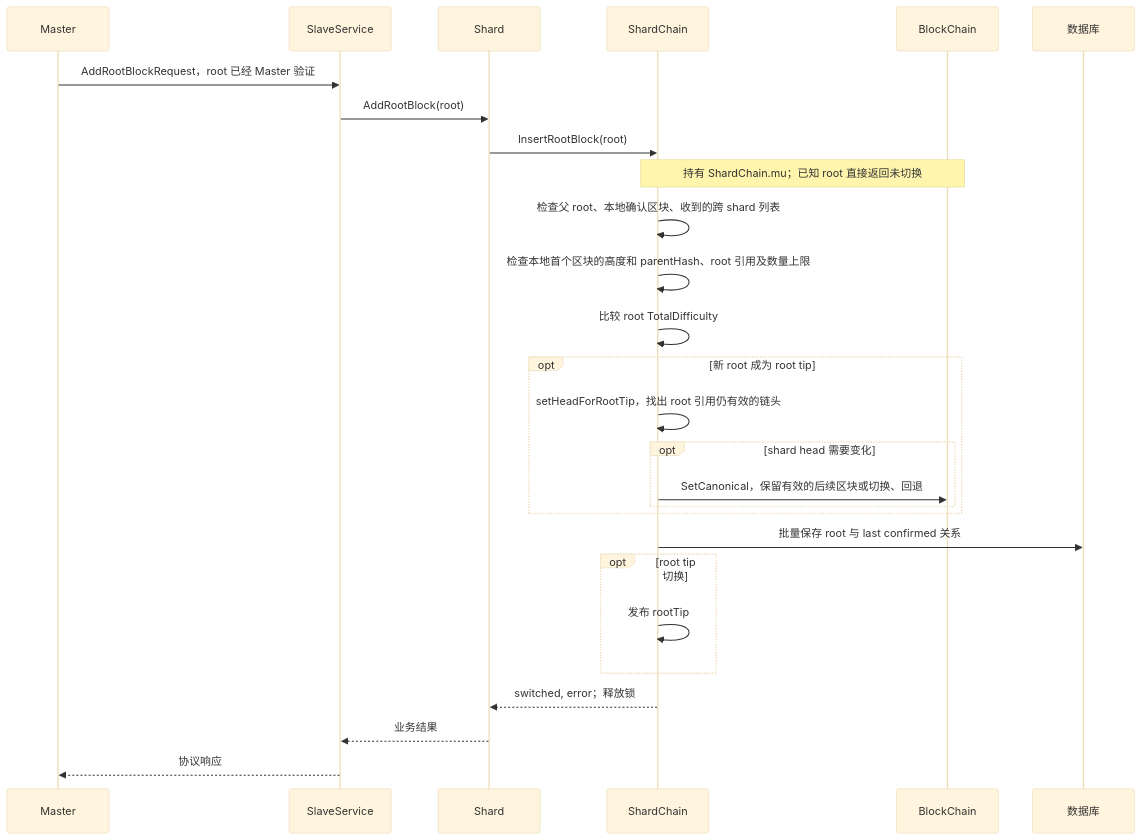
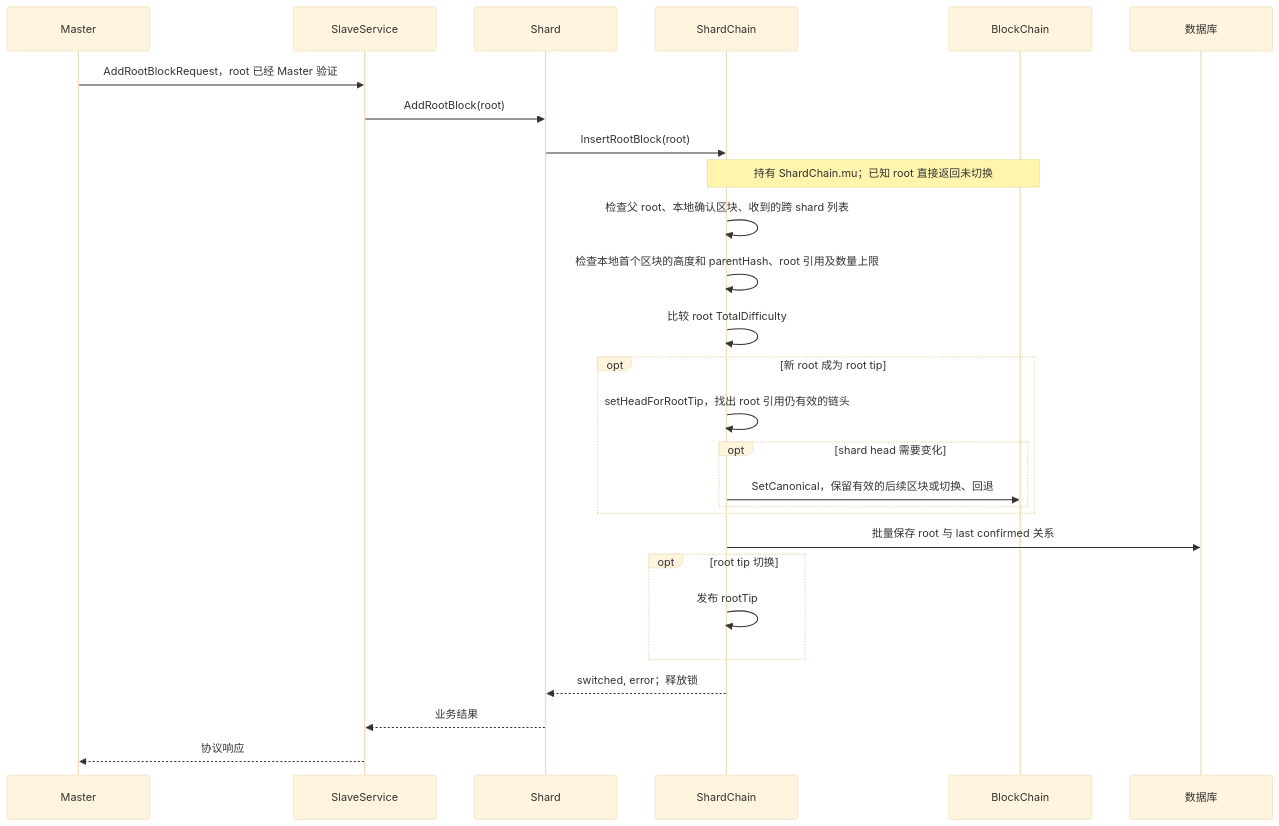
The sixth of 6 diagrams in docs/shard-ethereum-integration-design.md (QuarkChain/modernized-qkc), drawn with Mermaid (base theme) before and after one commit. The commit also changed other lines of this file and 6 other files, not shown here.

````diff
--- a/docs/shard-ethereum-integration-design.md
+++ b/docs/shard-ethereum-integration-design.md
@@ -349,29 +359,36 @@
 ```mermaid
+---
+config:
+  sequence:
+    width: 210
+    actorMargin: 56
+    messageMargin: 22
+---
 sequenceDiagram
     participant M as Master
     participant SS as SlaveService
     participant S as Shard
     participant SC as ShardChain
     participant BC as BlockChain
     participant DB as 数据库
     M->>SS: AddRootBlockRequest，root 已经 Master 验证
     SS->>S: AddRootBlock(root)
     S->>SC: InsertRootBlock(root)
     Note over SC,BC: 持有 ShardChain.mu；已知 root 直接返回未切换
     SC->>SC: 检查父 root、本地确认区块、收到的跨 shard 列表
     SC->>SC: 检查本地首个区块的高度和 parentHash、root 引用及数量上限
     SC->>SC: 比较 root TotalDifficulty
     opt 新 root 成为 root tip
         SC->>SC: setHeadForRootTip，找出 root 引用仍有效的链头
         opt shard head 需要变化
             SC->>BC: SetCanonical，保留有效的后续区块或切换、回退
         end
     end
     SC->>DB: 批量保存 root 与 last confirmed 关系
     opt root tip 切换
         SC->>SC: 发布 rootTip
     end
     SC-->>S: switched, error；释放锁
     S-->>SS: 业务结果
     SS-->>M: 协议响应
 ```
````
